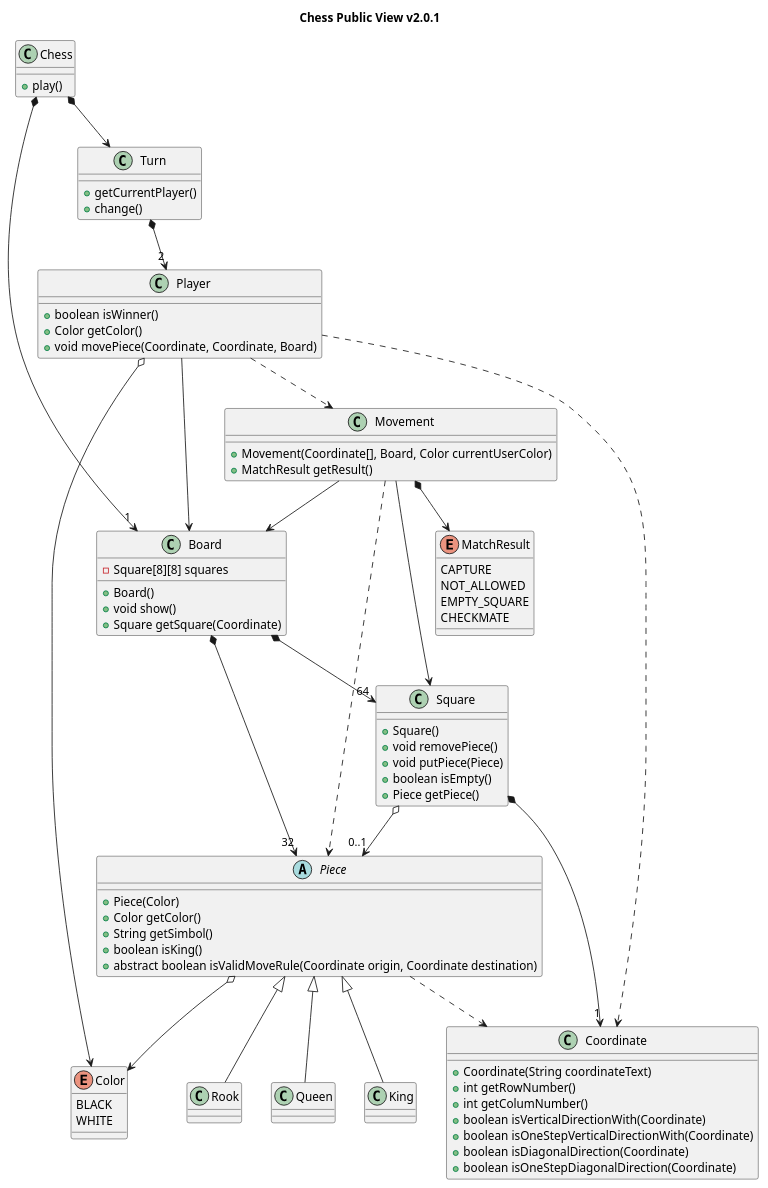
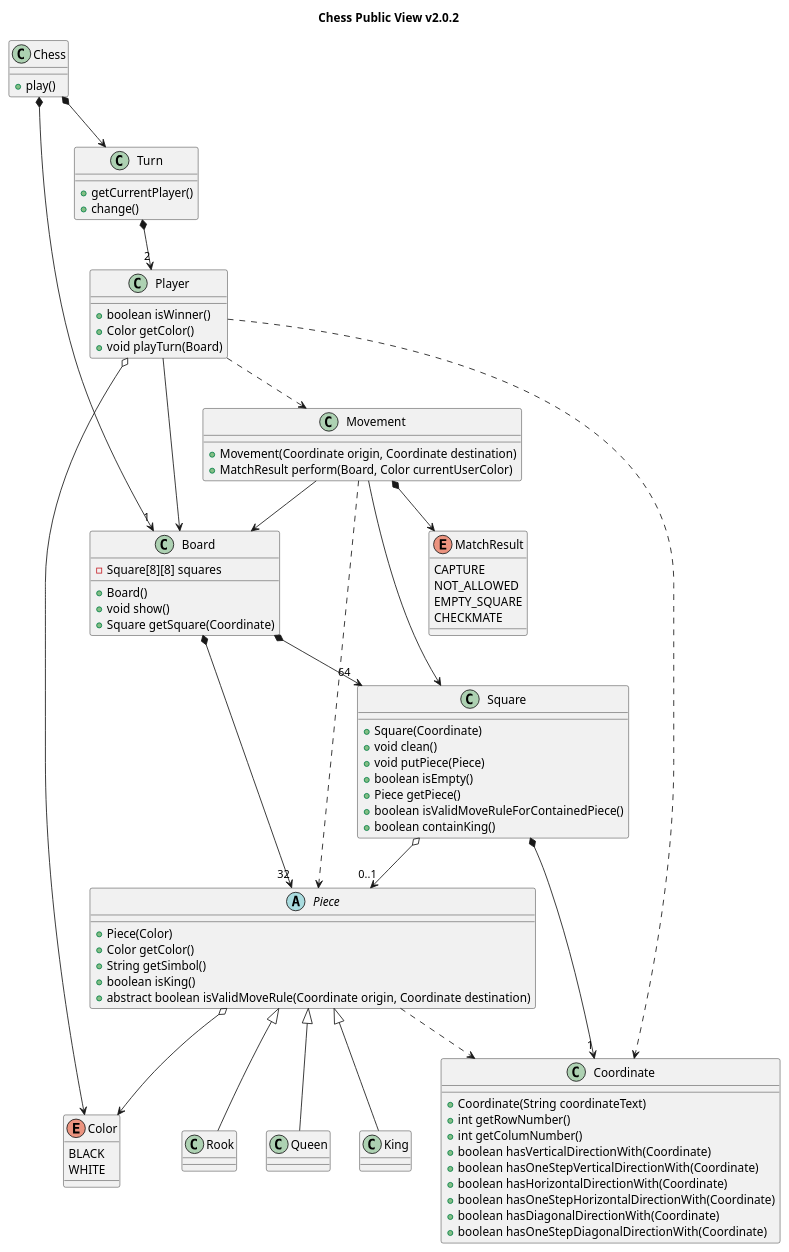
One commit to Master-Desarrollo-20-21/ejercicio-4-ajedrez-polimorfismo-kodenix changed the diagram in chess-publicview.puml. Above: the diagram before and after it, drawn with PlantUML. The commit also changed 18 other files, not shown here.

```diff
--- a/chess-publicview.puml
+++ b/chess-publicview.puml
@@ -1,97 +1,101 @@
-@startuml ChessPublicView_v2_0_1
+@startuml ChessPublicView_v2_0_2
 
-	title Chess Public View v2.0.1
+	title Chess Public View v2.0.2
 
 	class Chess {
 		+play()
 	}
 
 	class Turn {
 		+getCurrentPlayer()
 		+change()
 	}
 
 	class Player {
 		+boolean isWinner()
 		+Color getColor()
-		+void movePiece(Coordinate, Coordinate, Board)
+		+void playTurn(Board)
 	}
 
 	enum Color {
 		BLACK
 		WHITE
 	}
 
 	class Board {
 		-Square[8][8] squares
 		+Board()
 		+void show()
 		+Square getSquare(Coordinate)
 	}
 
 	abstract class Piece {
 		+Piece(Color)
 		+Color getColor()
 		+String getSimbol()
 		+boolean isKing()
 		+abstract boolean isValidMoveRule(Coordinate origin, Coordinate destination)
 	}
 
 	class Coordinate {
 		+Coordinate(String coordinateText)
 		+int getRowNumber()
 		+int getColumNumber()
-		+boolean isVerticalDirectionWith(Coordinate)
-		+boolean isOneStepVerticalDirectionWith(Coordinate)
-		+boolean isDiagonalDirection(Coordinate)
-		+boolean isOneStepDiagonalDirection(Coordinate)
+		+boolean hasVerticalDirectionWith(Coordinate)
+		+boolean hasOneStepVerticalDirectionWith(Coordinate)
+		+boolean hasHorizontalDirectionWith(Coordinate)
+		+boolean hasOneStepHorizontalDirectionWith(Coordinate)
+		+boolean hasDiagonalDirectionWith(Coordinate)
+		+boolean hasOneStepDiagonalDirectionWith(Coordinate)
 	}
 
 	class Square {
-		+Square()		
-		+void removePiece()
+		+Square(Coordinate)		
+		+void clean()
 		+void putPiece(Piece)
 		+boolean isEmpty()
 		+Piece getPiece()
+		+boolean isValidMoveRuleForContainedPiece()
+		+boolean containKing()
 	}
 
 	class Movement {
-		+Movement(Coordinate[], Board, Color currentUserColor)
-		+MatchResult getResult()
+		+Movement(Coordinate origin, Coordinate destination)
+		+MatchResult perform(Board, Color currentUserColor)
 	}
 
 	enum MatchResult {
 		CAPTURE
 		NOT_ALLOWED
 		EMPTY_SQUARE
 		CHECKMATE
 	}
 
 	class King extends Piece {
 	}
 
 	class Rook extends Piece {
 	}
 
 	class Queen extends Piece {
 	}
 
 	Chess *--> "1" Board
 	Chess *--> Turn
 	Turn *--> "2" Player
 	Player o--> Color
 	Piece o--> Color
 	Piece ..> Coordinate
 	Player ..> Coordinate
 	Player ..> Movement
 	Player --> Board
 	Board *--> "64" Square
 	Board *--> "32" Piece
 	Square o--> "0..1" Piece
 	Square *--> "1" Coordinate
 	Movement *--> MatchResult
 	Movement --> Board
 	Movement --> Square
 	Movement ..> Piece
 
 @enduml
```
